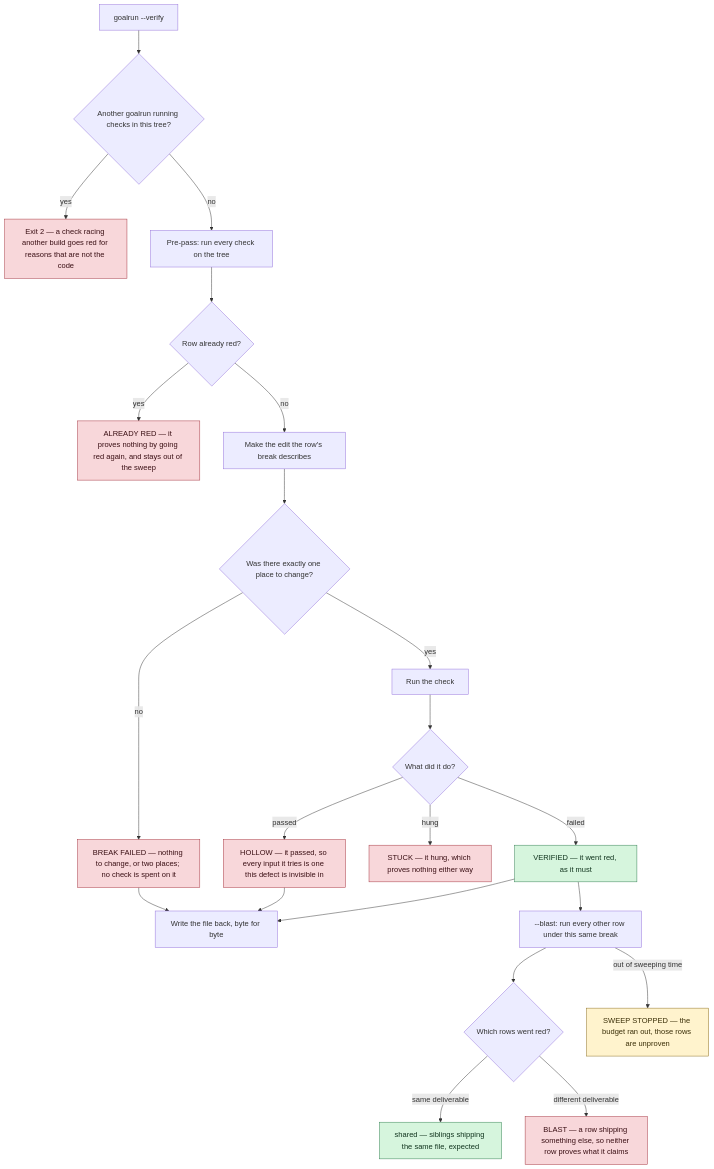
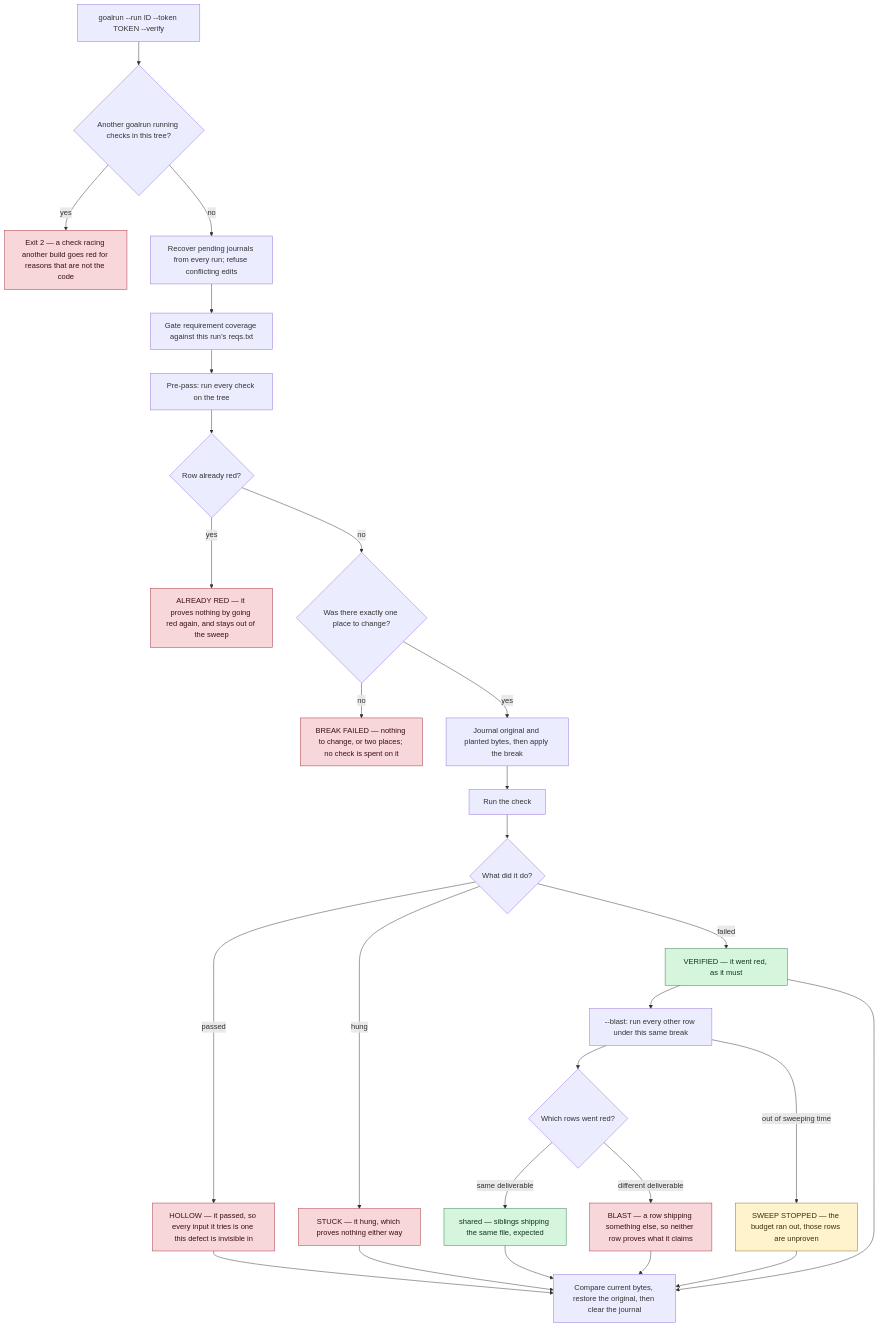
Before and after one commit to xtieume/testcase: the fourth of 4 diagrams in docs/how-it-works.md, drawn with Mermaid. The commit also changed other lines of this file and 24 other files, not shown here.

````diff
--- a/docs/how-it-works.md
+++ b/docs/how-it-works.md
@@ -156,59 +157,65 @@
 ```mermaid
 flowchart TD
-    V["goalrun --verify"]
+    V["goalrun --run ID --token TOKEN --verify"]
     LOCK{"Another goalrun running checks in this tree?"}
     STOPL["Exit 2 — a check racing another build goes red for reasons that are not the code"]
 
+    RECOVER["Recover pending journals from every run; refuse conflicting edits"]
+    LINT["Gate requirement coverage against this run’s reqs.txt"]
     PRE["Pre-pass: run every check on the tree"]
     RED{"Row already red?"}
     AR["ALREADY RED — it proves nothing by going red again, and stays out of the sweep"]
 
-    PLANT["Make the edit the row's break describes"]
+    PLANT["Journal original and planted bytes, then apply the break"]
     MOVED{"Was there exactly one place to change?"}
     BF["BREAK FAILED — nothing to change, or two places; no check is spent on it"]
 
     CHECK["Run the check"]
     RESULT{"What did it do?"}
     HOLLOW["HOLLOW — it passed, so every input it tries is one this defect is invisible in"]
     STUCK["STUCK — it hung, which proves nothing either way"]
     VERIFIED["VERIFIED — it went red, as it must"]
-    DROP["Write the file back, byte for byte"]
+    DROP["Compare current bytes, restore the original, then clear the journal"]
 
     SWEEP["--blast: run every other row under this same break"]
     SIB{"Which rows went red?"}
     SHARED["shared — siblings shipping the same file, expected"]
     BLAST["BLAST — a row shipping something else, so neither row proves what it claims"]
     BUDGET["SWEEP STOPPED — the budget ran out, those rows are unproven"]
 
     V --> LOCK
     LOCK -->|"yes"| STOPL
-    LOCK -->|"no"| PRE
+    LOCK -->|"no"| RECOVER
+    RECOVER --> LINT --> PRE
     PRE --> RED
     RED -->|"yes"| AR
-    RED -->|"no"| PLANT
-    PLANT --> MOVED
+    RED -->|"no"| MOVED
     MOVED -->|"no"| BF
-    MOVED -->|"yes"| CHECK
+    MOVED -->|"yes"| PLANT
+    PLANT --> CHECK
     CHECK --> RESULT
     RESULT -->|"passed"| HOLLOW
     RESULT -->|"hung"| STUCK
     RESULT -->|"failed"| VERIFIED
     VERIFIED --> SWEEP
     SWEEP --> SIB
     SIB -->|"same deliverable"| SHARED
     SIB -->|"different deliverable"| BLAST
     SWEEP -->|"out of sweeping time"| BUDGET
     VERIFIED --> DROP
     HOLLOW --> DROP
-    BF --> DROP
+    STUCK --> DROP
+    SHARED --> DROP
+    BLAST --> DROP
+    BUDGET --> DROP
 
     style VERIFIED fill:#d6f5dd,stroke:#2f7d4f,color:#12351f
     style SHARED fill:#d6f5dd,stroke:#2f7d4f,color:#12351f
     style HOLLOW fill:#f8d7da,stroke:#a3303b,color:#3b1015
     style STUCK fill:#f8d7da,stroke:#a3303b,color:#3b1015
     style BLAST fill:#f8d7da,stroke:#a3303b,color:#3b1015
     style BF fill:#f8d7da,stroke:#a3303b,color:#3b1015
     style AR fill:#f8d7da,stroke:#a3303b,color:#3b1015
     style STOPL fill:#f8d7da,stroke:#a3303b,color:#3b1015
     style BUDGET fill:#fff3cd,stroke:#8a6d1f,color:#3b2f08
 ```
````
